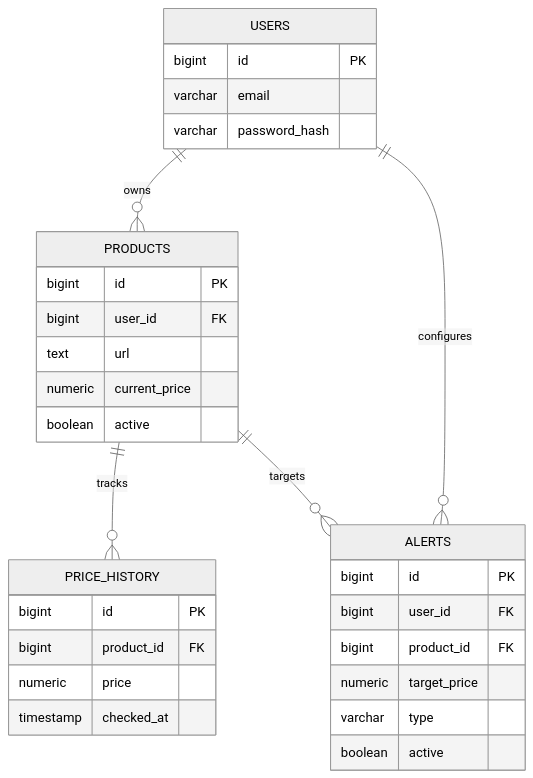
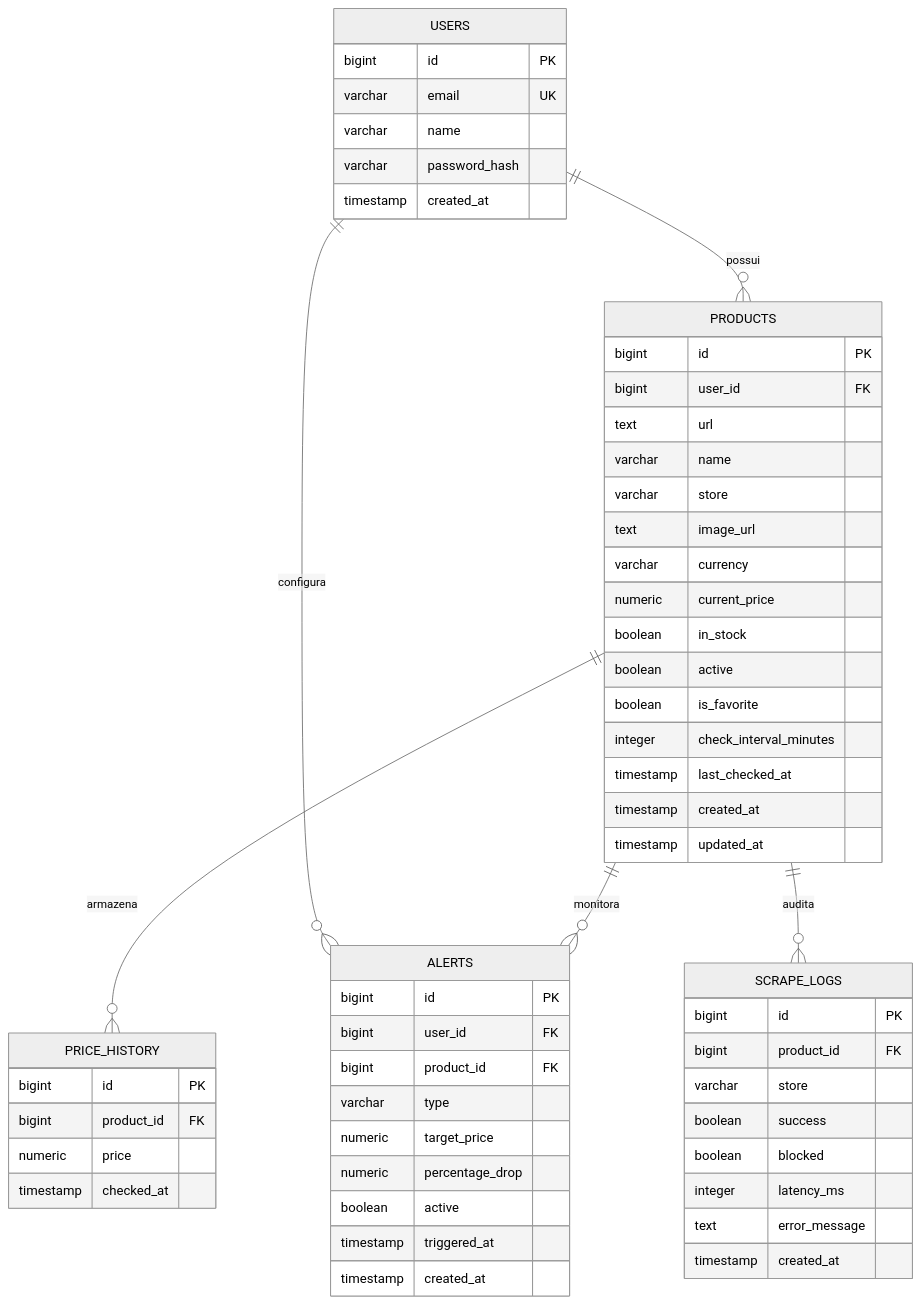
The third of 3 diagrams in README.md (CaioSouzx00/pricewatch), drawn with Mermaid (neutral theme) before and after one commit. The commit also changed other lines of this file and 10 other files, not shown here.

````diff
--- a/README.md
+++ b/README.md
@@ -104,37 +220,64 @@
 ```mermaid
 erDiagram
-    USERS ||--o{ PRODUCTS : owns
-    USERS ||--o{ ALERTS : configures
-    PRODUCTS ||--o{ PRICE_HISTORY : tracks
-    PRODUCTS ||--o{ ALERTS : targets
+    USERS ||--o{ PRODUCTS : possui
+    USERS ||--o{ ALERTS : configura
+    PRODUCTS ||--o{ PRICE_HISTORY : armazena
+    PRODUCTS ||--o{ ALERTS : monitora
+    PRODUCTS ||--o{ SCRAPE_LOGS : audita
 
     USERS {
         bigint id PK
-        varchar email
+        varchar email UK
+        varchar name
         varchar password_hash
+        timestamp created_at
     }
-    
+
     PRODUCTS {
         bigint id PK
         bigint user_id FK
         text url
+        varchar name
+        varchar store
+        text image_url
+        varchar currency
         numeric current_price
+        boolean in_stock
         boolean active
+        boolean is_favorite
+        integer check_interval_minutes
+        timestamp last_checked_at
+        timestamp created_at
+        timestamp updated_at
     }
-    
+
     PRICE_HISTORY {
         bigint id PK
         bigint product_id FK
         numeric price
         timestamp checked_at
     }
-    
+
     ALERTS {
         bigint id PK
         bigint user_id FK
         bigint product_id FK
+        varchar type
         numeric target_price
-        varchar type
+        numeric percentage_drop
         boolean active
+        timestamp triggered_at
+        timestamp created_at
+    }
+
+    SCRAPE_LOGS {
+        bigint id PK
+        bigint product_id FK
+        varchar store
+        boolean success
+        boolean blocked
+        integer latency_ms
+        text error_message
+        timestamp created_at
     }
 ```
````
